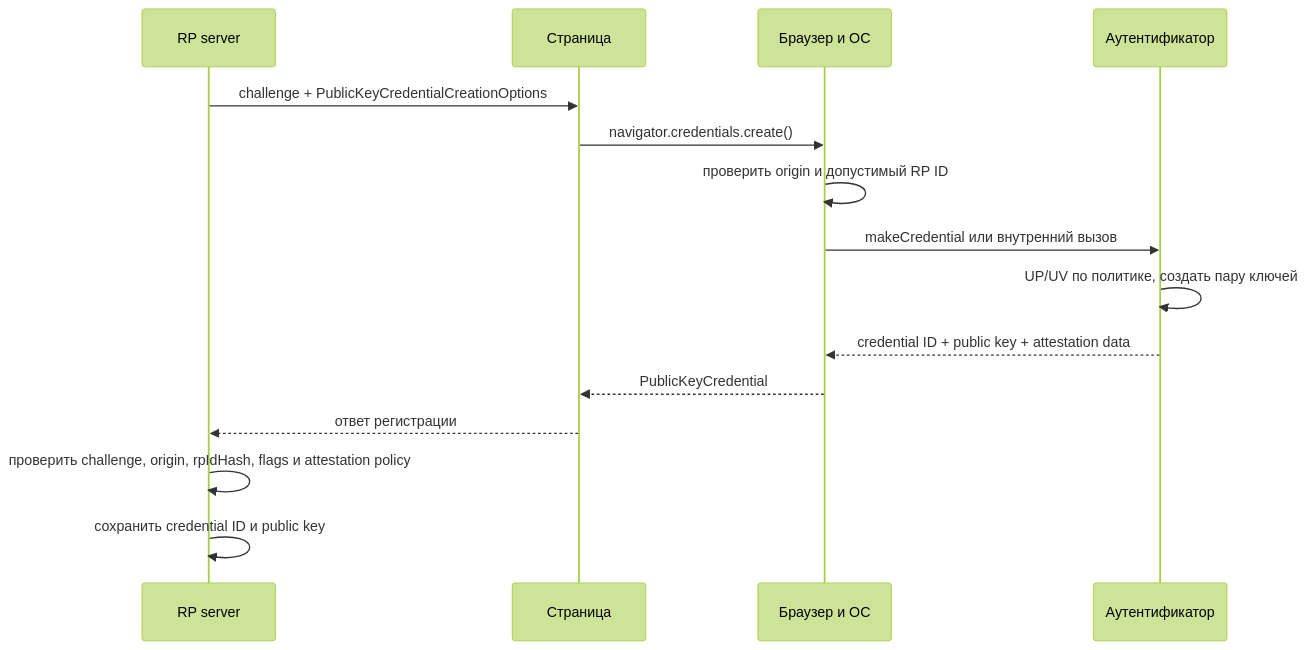
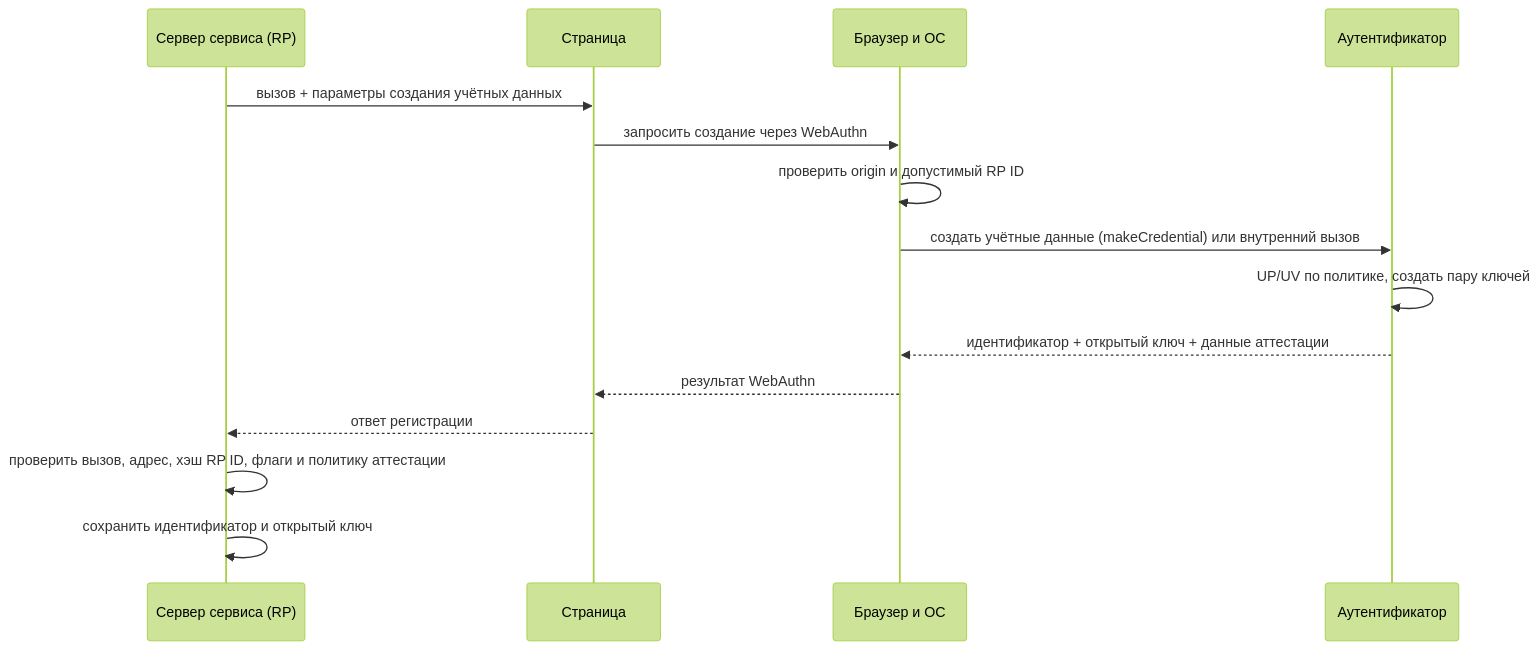
The second of 3 diagrams in FIDO/fido-protocols.md (zapret-discordyoutube/todo), drawn with Mermaid (forest theme) before and after one commit. The commit also changed other lines of this file and 8 other files, not shown here.

````diff
--- a/FIDO/fido-protocols.md
+++ b/FIDO/fido-protocols.md
@@ -50,17 +118,17 @@
 ```mermaid
 sequenceDiagram
-    participant S as RP server
+    participant S as Сервер сервиса (RP)
     participant P as Страница
     participant C as Браузер и ОС
     participant A as Аутентификатор
-    S->>P: challenge + PublicKeyCredentialCreationOptions
-    P->>C: navigator.credentials.create()
+    S->>P: вызов + параметры создания учётных данных
+    P->>C: запросить создание через WebAuthn
     C->>C: проверить origin и допустимый RP ID
-    C->>A: makeCredential или внутренний вызов
+    C->>A: создать учётные данные (makeCredential) или внутренний вызов
     A->>A: UP/UV по политике, создать пару ключей
-    A-->>C: credential ID + public key + attestation data
-    C-->>P: PublicKeyCredential
+    A-->>C: идентификатор + открытый ключ + данные аттестации
+    C-->>P: результат WebAuthn
     P-->>S: ответ регистрации
-    S->>S: проверить challenge, origin, rpIdHash, flags и attestation policy
-    S->>S: сохранить credential ID и public key
+    S->>S: проверить вызов, адрес, хэш RP ID, флаги и политику аттестации
+    S->>S: сохранить идентификатор и открытый ключ
 ```
````
